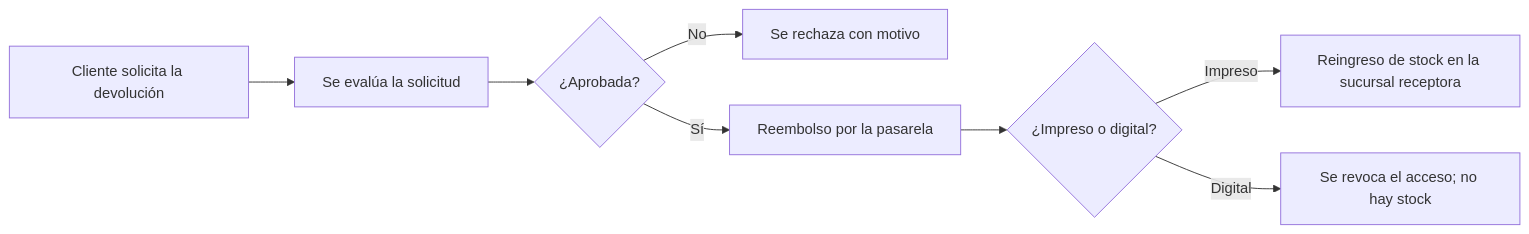
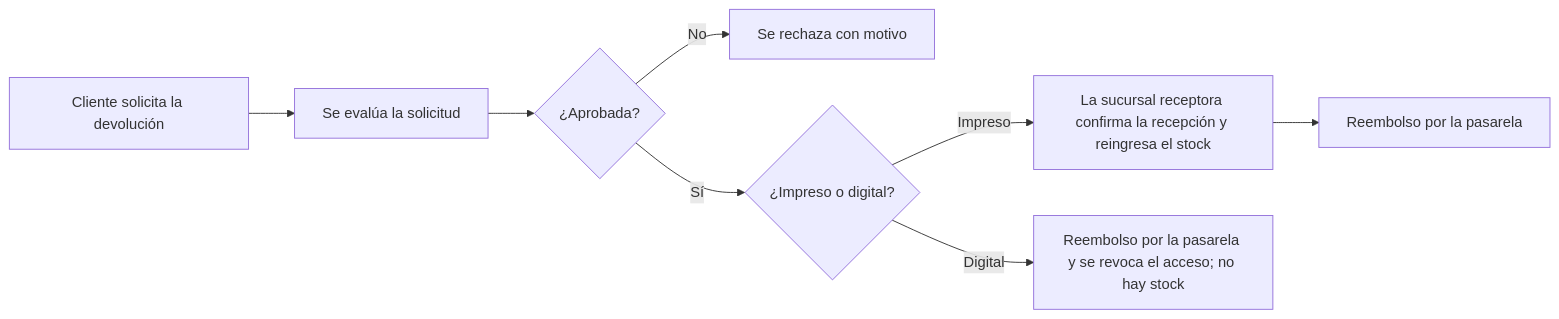
One commit to P35C4D0R4B1050/BabelHub changed the third of 3 diagrams in docs/01-analisis-de-sistema/06-procesos-de-negocio.md. Above: the diagram before and after it, drawn with Mermaid. The commit also changed other lines of this file and 29 other files, not shown here.

First line of the commit message:
docs: align analysis, architecture, design, security and UX docs with the specs

````diff
--- a/docs/01-analisis-de-sistema/06-procesos-de-negocio.md
+++ b/docs/01-analisis-de-sistema/06-procesos-de-negocio.md
@@ -64,10 +66,10 @@
 ```mermaid
 flowchart LR
 A["Cliente solicita la devolución"] --> B["Se evalúa la solicitud"]
 B --> C{"¿Aprobada?"}
 C -- No --> X["Se rechaza con motivo"]
-C -- Sí --> D["Reembolso por la pasarela"]
-D --> E{"¿Impreso o digital?"}
-E -- Impreso --> F["Reingreso de stock en la sucursal receptora"]
-E -- Digital --> G["Se revoca el acceso; no hay stock"]
+C -- Sí --> E{"¿Impreso o digital?"}
+E -- Impreso --> F["La sucursal receptora confirma la recepción y reingresa el stock"]
+F --> D["Reembolso por la pasarela"]
+E -- Digital --> G["Reembolso por la pasarela y se revoca el acceso; no hay stock"]
 ```
````
